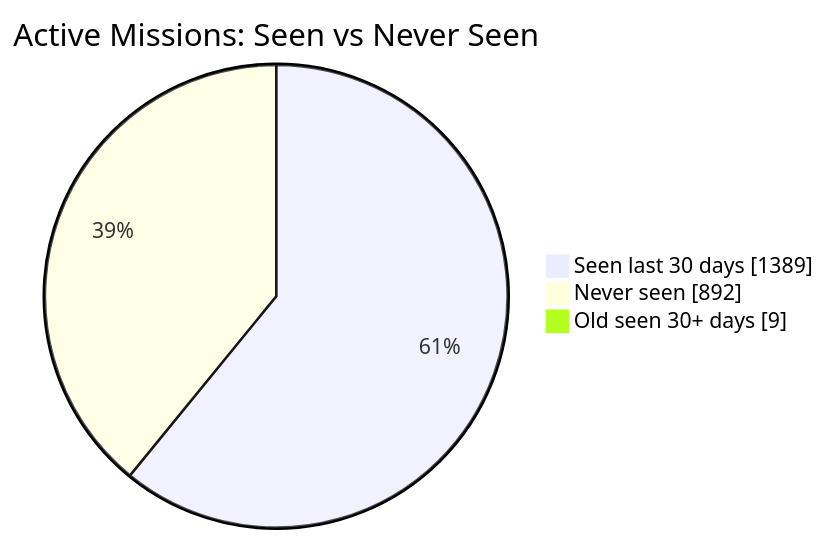
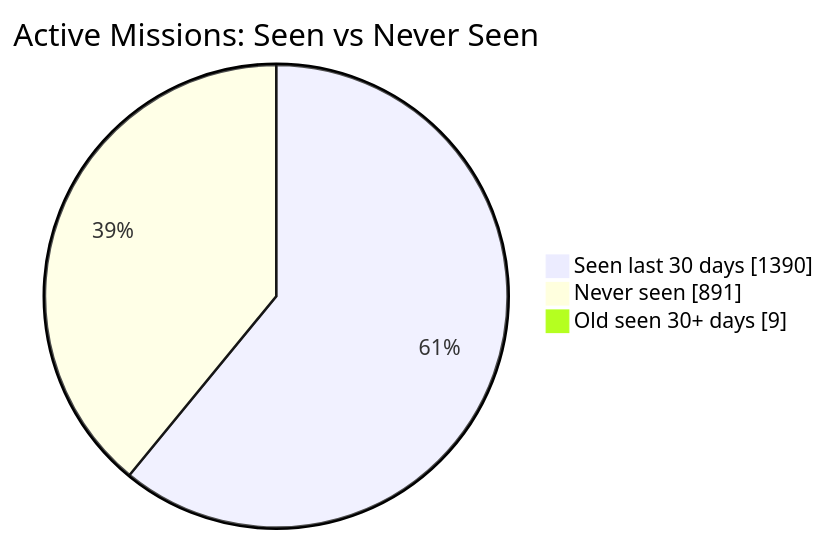
One commit to MeldkamerspelGameTeam/active-missions changed the first of 2 diagrams in README.md. Above: the diagram before and after it, drawn with Mermaid. The commit also changed other lines of this file and 2 other files, not shown here.

````diff
--- a/README.md
+++ b/README.md
@@ -34,7 +34,7 @@
 ```mermaid
 pie showData
     title Active Missions: Seen vs Never Seen
-    "Seen last 30 days" : 1389
-    "Never seen" : 892
+    "Seen last 30 days" : 1390
+    "Never seen" : 891
     "Old seen 30+ days" : 9
 ```
````
